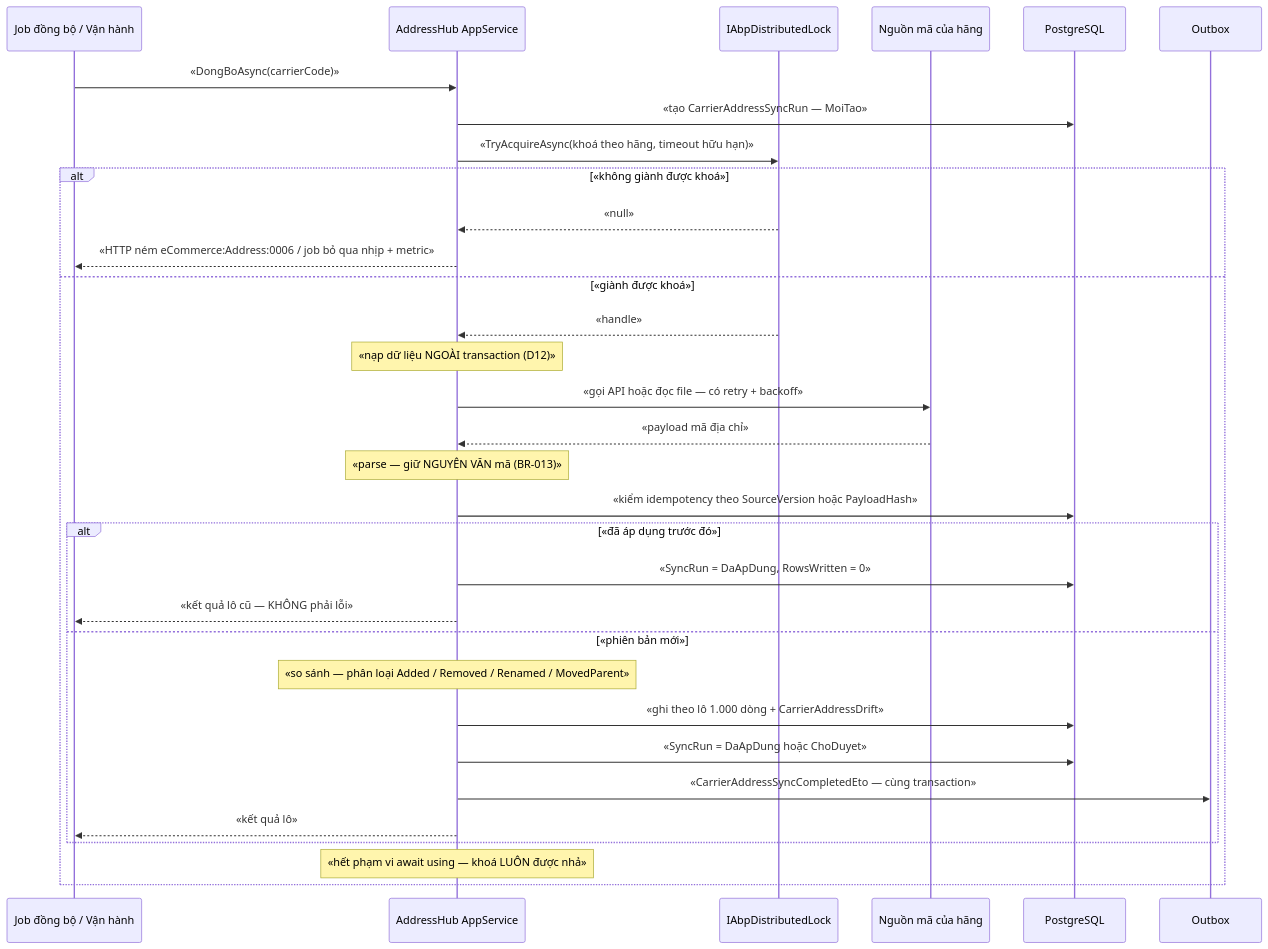
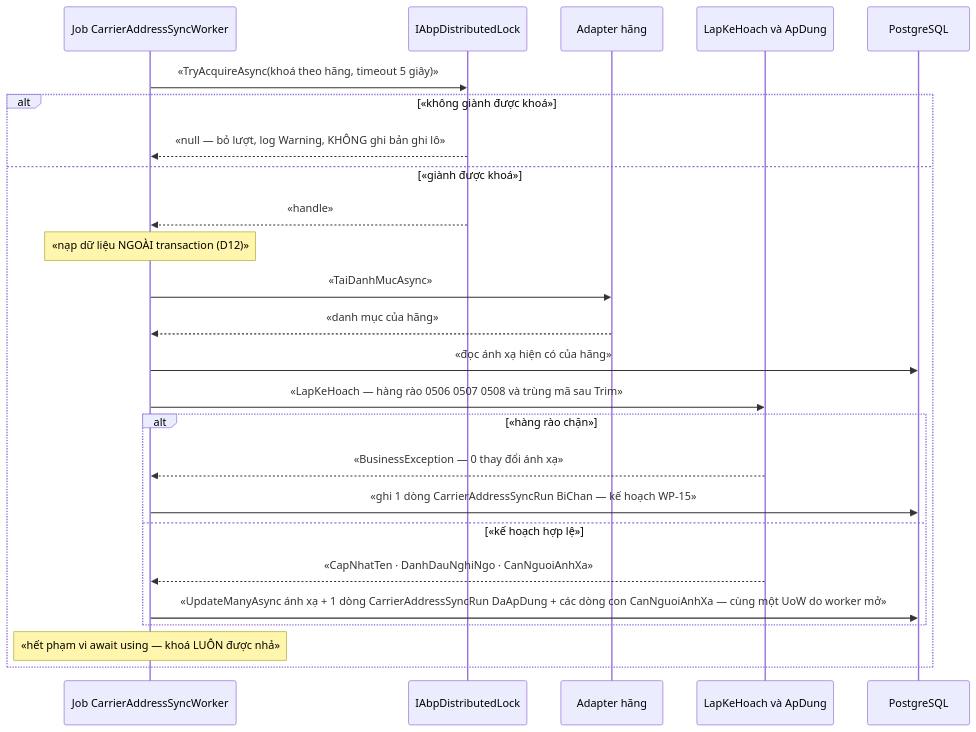
The second of 2 diagrams in docs/features/address/addr-002-dong-bo-ma-dia-chi-theo-hang-van-chuyen.md (hungnt9801/eCommerce), drawn with Mermaid before and after one commit. The commit also changed other lines of this file and 8 other files, not shown here.

````diff
--- a/docs/features/address/addr-002-dong-bo-ma-dia-chi-theo-hang-van-chuyen.md
+++ b/docs/features/address/addr-002-dong-bo-ma-dia-chi-theo-hang-van-chuyen.md
@@ -222,35 +235,28 @@
 ```mermaid
 sequenceDiagram
-    participant JOB as Job đồng bộ / Vận hành
-    participant APP as AddressHub AppService
+    participant JOB as Job CarrierAddressSyncWorker
     participant LOCK as IAbpDistributedLock
-    participant HV as Nguồn mã của hãng
+    participant AD as Adapter hãng
+    participant CORE as LapKeHoach và ApDung
     participant DB as PostgreSQL
-    participant BUS as Outbox
 
-    JOB->>APP: «DongBoAsync(carrierCode)»
-    APP->>DB: «tạo CarrierAddressSyncRun — MoiTao»
-    APP->>LOCK: «TryAcquireAsync(khoá theo hãng, timeout hữu hạn)»
+    JOB->>LOCK: «TryAcquireAsync(khoá theo hãng, timeout 5 giây)»
     alt «không giành được khoá»
-        LOCK-->>APP: «null»
-        APP-->>JOB: «HTTP ném eCommerce:Address:0006 / job bỏ qua nhịp + metric»
+        LOCK-->>JOB: «null — bỏ lượt, log Warning, KHÔNG ghi bản ghi lô»
     else «giành được khoá»
-        LOCK-->>APP: «handle»
-        Note over APP: «nạp dữ liệu NGOÀI transaction (D12)»
-        APP->>HV: «gọi API hoặc đọc file — có retry + backoff»
-        HV-->>APP: «payload mã địa chỉ»
-        Note over APP: «parse — giữ NGUYÊN VĂN mã (BR-013)»
-        APP->>DB: «kiểm idempotency theo SourceVersion hoặc PayloadHash»
-        alt «đã áp dụng trước đó»
-            APP->>DB: «SyncRun = DaApDung, RowsWritten = 0»
-            APP-->>JOB: «kết quả lô cũ — KHÔNG phải lỗi»
-        else «phiên bản mới»
-            Note over APP: «so sánh — phân loại Added / Removed / Renamed / MovedParent»
-            APP->>DB: «ghi theo lô 1.000 dòng + CarrierAddressDrift»
-            APP->>DB: «SyncRun = DaApDung hoặc ChoDuyet»
-            APP->>BUS: «CarrierAddressSyncCompletedEto — cùng transaction»
-            APP-->>JOB: «kết quả lô»
+        LOCK-->>JOB: «handle»
+        Note over JOB: «nạp dữ liệu NGOÀI transaction (D12)»
+        JOB->>AD: «TaiDanhMucAsync»
+        AD-->>JOB: «danh mục của hãng»
+        JOB->>DB: «đọc ánh xạ hiện có của hãng»
+        JOB->>CORE: «LapKeHoach — hàng rào 0506 0507 0508 và trùng mã sau Trim»
+        alt «hàng rào chặn»
+            CORE-->>JOB: «BusinessException — 0 thay đổi ánh xạ»
+            JOB->>DB: «ghi 1 dòng CarrierAddressSyncRun BiChan — kế hoạch WP-15»
+        else «kế hoạch hợp lệ»
+            CORE-->>JOB: «CapNhatTen · DanhDauNghiNgo · CanNguoiAnhXa»
+            JOB->>DB: «UpdateManyAsync ánh xạ + 1 dòng CarrierAddressSyncRun DaApDung + các dòng con CanNguoiAnhXa — cùng một UoW do worker mở»
         end
-        Note over APP: «hết phạm vi await using — khoá LUÔN được nhả»
+        Note over JOB: «hết phạm vi await using — khoá LUÔN được nhả»
     end
 ```
````
